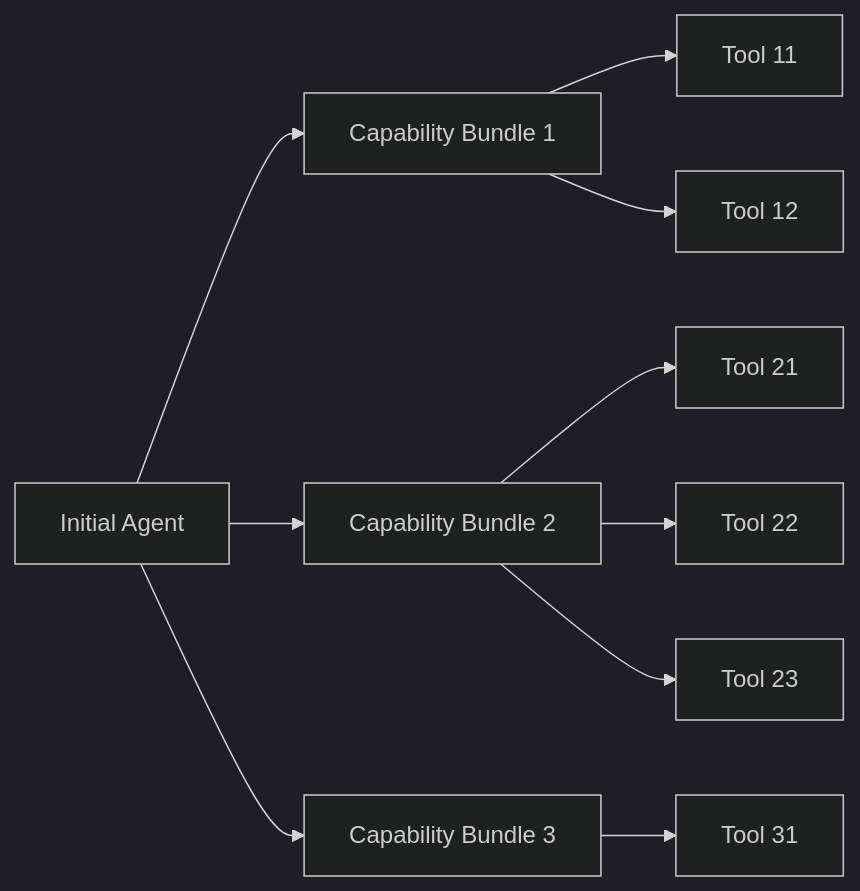
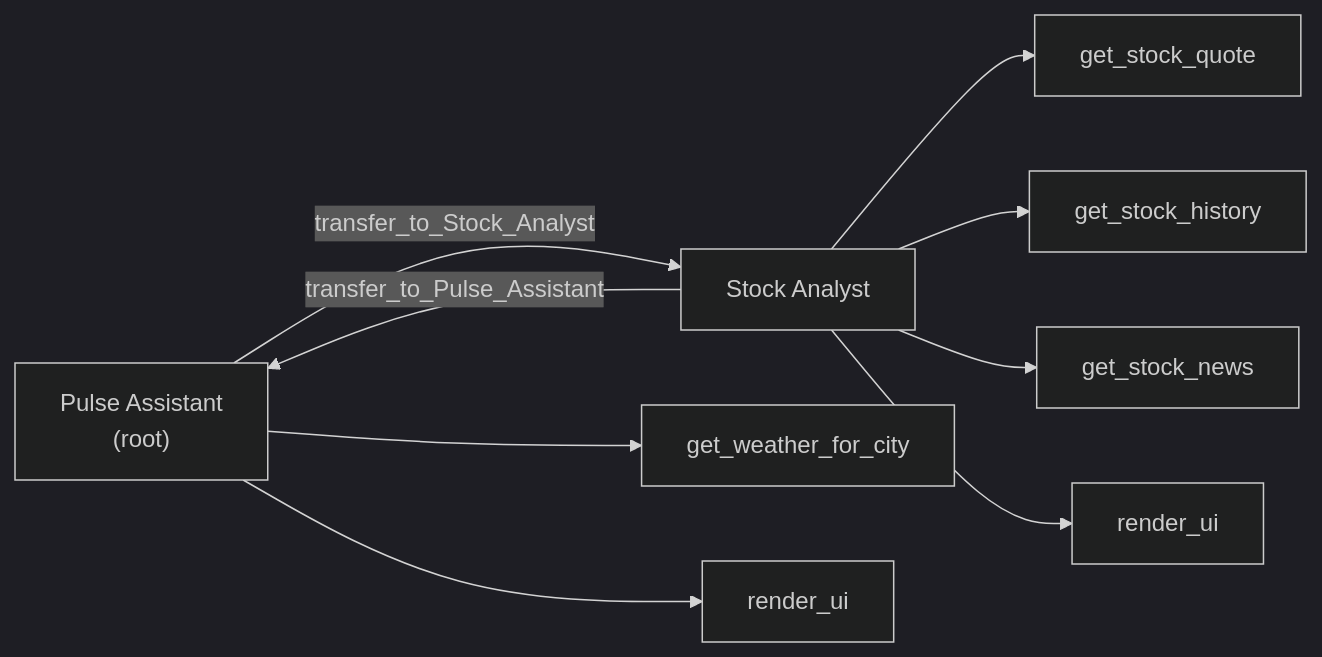
Before and after one commit to kalelegs/pulse: the first of 3 diagrams in docs/features.md, drawn with Mermaid. The commit also changed other lines of this file and 62 other files, not shown here.

````diff
--- a/docs/features.md
+++ b/docs/features.md
@@ -43,30 +56,22 @@
 ```mermaid
 %%{init: {'theme': 'dark'}}%%
 flowchart LR
-    I["Initial Agent"]
-    A1["Capability Bundle 1"]
-    A2["Capability Bundle 2"]
-    A3["Capability Bundle 3"]
+    R["Pulse Assistant<br/>(root)"]
+    S["Stock Analyst"]
+    W["get_weather_for_city"]
+    U1["render_ui"]
+    Q["get_stock_quote"]
+    H["get_stock_history"]
+    N["get_stock_news"]
+    U2["render_ui"]
 
-    T11["Tool 11"]
-    T12["Tool 12"]
-    T21["Tool 21"]
-    T22["Tool 22"]
-    T23["Tool 23"]
-    T31["Tool 31"]
+    R -- "transfer_to_Stock_Analyst" --> S
+    S -- "transfer_to_Pulse_Assistant" --> R
 
-
-    I --> A1
-    I --> A2
-    I --> A3
-
-    A1 --> T11
-    A1 --> T12
-
-    A2 --> T21
-    A2 --> T22
-    A2 --> T23
-
-    A3 --> T31
-
+    R --> W
+    R --> U1
+    S --> Q
+    S --> H
+    S --> N
+    S --> U2
 ```
````
